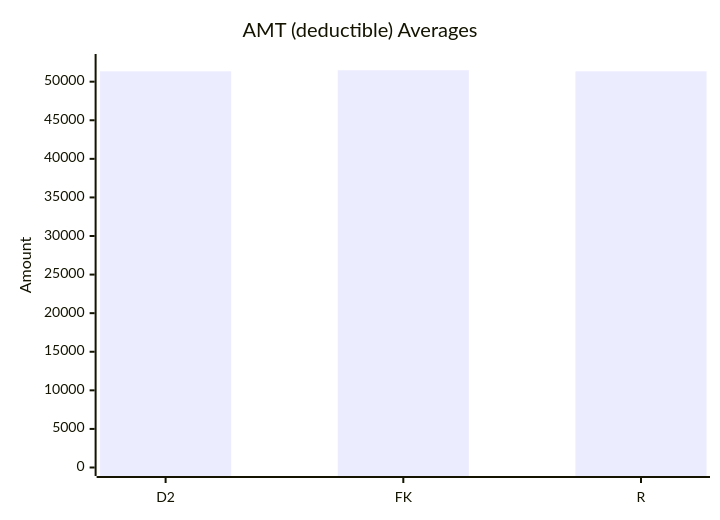
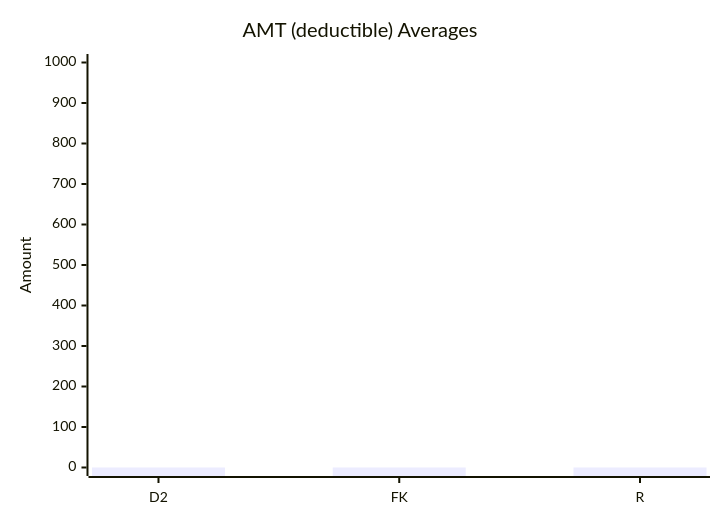
The ninth of 10 diagrams in test-tools/DataGen/src/Statistics_Visualizer.md (dhagan-va/intern-2025), drawn with Mermaid before and after one commit. The commit also changed other lines of this file and 4 other files, not shown here.

````diff
--- a/test-tools/DataGen/src/Statistics_Visualizer.md
+++ b/test-tools/DataGen/src/Statistics_Visualizer.md
@@ -96,7 +96,7 @@
 ```mermaid
 xychart-beta
     title "AMT (deductible) Averages"
     x-axis ["D2", "FK", "R"]
-    y-axis "Amount" 0 --> 52485.57920792081
-    bar [51343.96504950496, 51485.57920792081, 51347.26158415841]
+    y-axis "Amount" 0 --> 1000.0
+    bar [0.0, 0.0, 0.0]
 ```
````
